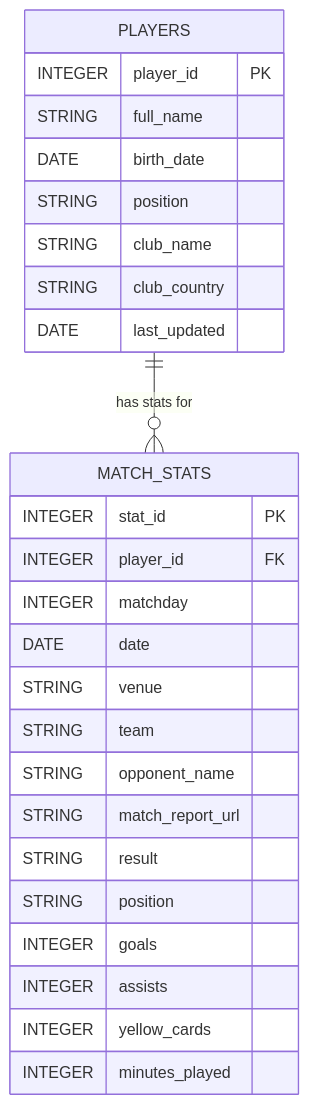
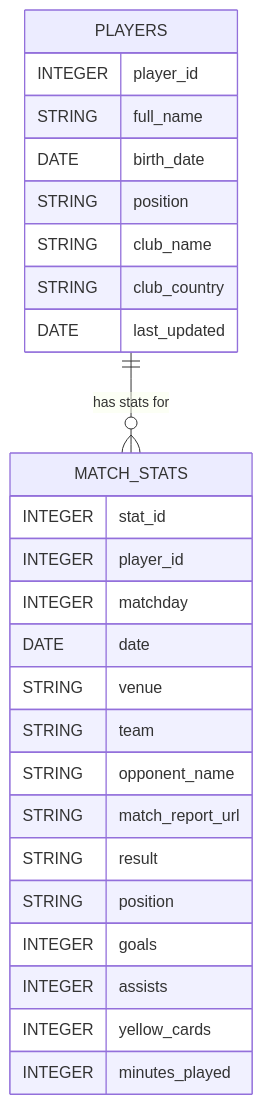
One commit to eli-jaffe/USMNT_Employee_Pipeline changed the diagram in README.md. Above: the diagram before and after it, drawn with Mermaid. The commit also changed other lines of this file, not shown here.

````diff
--- a/README.md
+++ b/README.md
@@ -129,31 +132,31 @@
 ```mermaid
 erDiagram
     PLAYERS {
-        INTEGER player_id PK
+        INTEGER player_id
         STRING full_name
         DATE birth_date
         STRING position
         STRING club_name
         STRING club_country
         DATE last_updated
     }
     
     MATCH_STATS {
-        INTEGER stat_id PK
-        INTEGER player_id FK
+        INTEGER stat_id
+        INTEGER player_id
         INTEGER matchday
         DATE date
         STRING venue
         STRING team
         STRING opponent_name
         STRING match_report_url
         STRING result
         STRING position
         INTEGER goals
         INTEGER assists
         INTEGER yellow_cards
         INTEGER minutes_played
     }
 
     PLAYERS ||--o{ MATCH_STATS : "has stats for"
 ```
````
